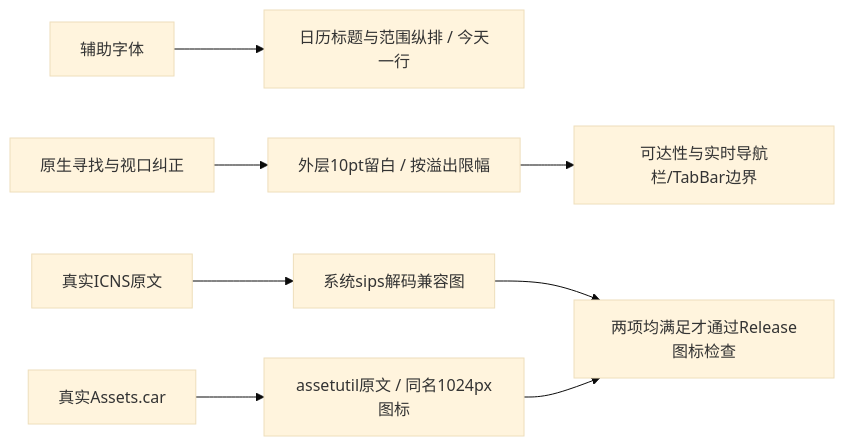
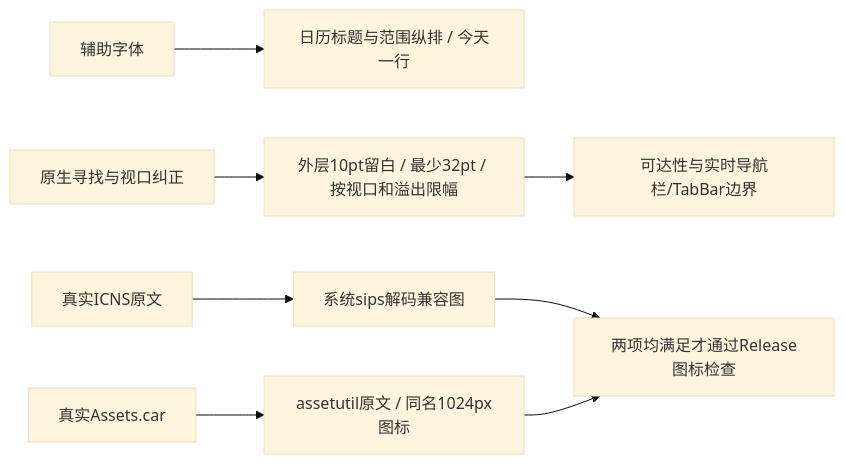
The second of 13 diagrams in md/flow/flowchart.md (Altman-sam114/114), drawn with Mermaid (base theme) before and after one commit. The commit also changed 5 other files, not shown here.

````diff
--- a/md/flow/flowchart.md
+++ b/md/flow/flowchart.md
@@ -22,10 +22,10 @@
 ```mermaid
 flowchart LR
   TYPE[辅助字体] --> LAYOUT[日历标题与范围纵排 / 今天一行]
-  SEEK[原生寻找与视口纠正] --> DRAG[外层10pt留白 / 按溢出限幅]
+  SEEK[原生寻找与视口纠正] --> DRAG[外层10pt留白 / 最少32pt / 按视口和溢出限幅]
   DRAG --> BOUNDS[可达性与实时导航栏/TabBar边界]
   ICNS[真实ICNS原文] --> DECODE[系统sips解码兼容图]
   CAR[真实Assets.car] --> ASSET[assetutil原文 / 同名1024px图标]
   DECODE --> BOTH[两项均满足才通过Release图标检查]
   ASSET --> BOTH
 ```
````
